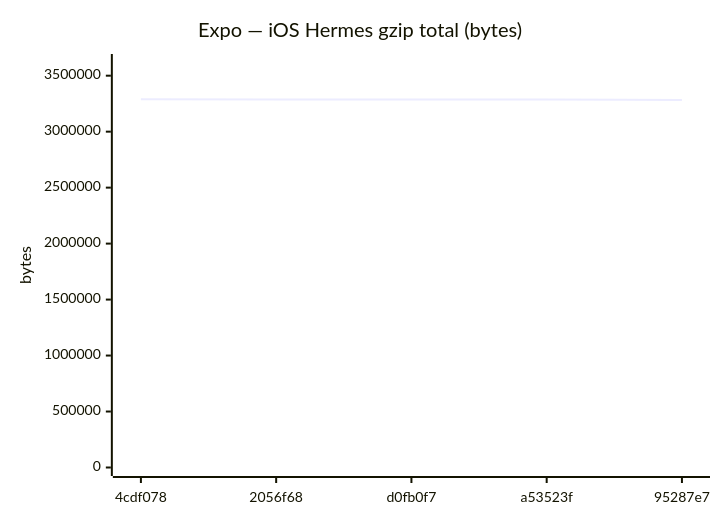
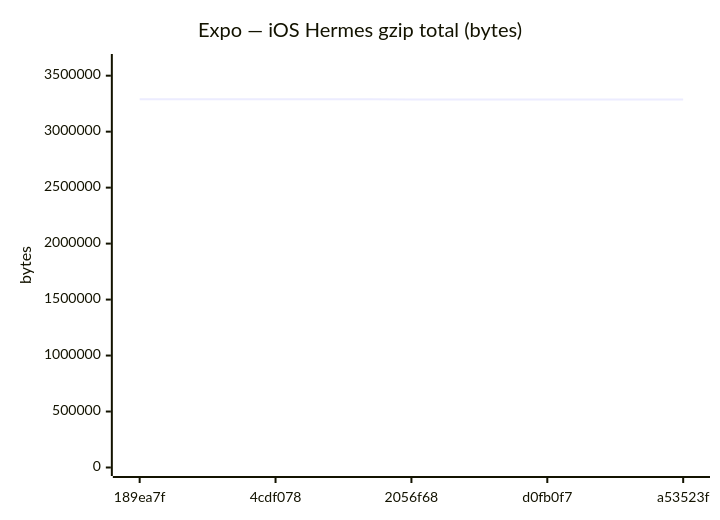
Diagram 12 of 18 in benchmarks/compare.md (Metaheurist/Rianell), drawn with Mermaid before and after one commit. The commit also changed other lines of this file and 11 other files, not shown here.

````diff
--- a/benchmarks/compare.md
+++ b/benchmarks/compare.md
@@ -179,7 +179,7 @@
 ```mermaid
 xychart-beta
     title "Expo — iOS Hermes gzip total (bytes)"
-    x-axis ["4cdf078", "2056f68", "d0fb0f7", "a53523f", "95287e7"]
+    x-axis ["189ea7f", "4cdf078", "2056f68", "d0fb0f7", "a53523f"]
     y-axis "bytes" 0 --> 3617765
-    line [3288877, 3288270, 3288272, 3288270, 3283767]
+    line [3288861, 3288877, 3288270, 3288272, 3288270]
 ```
````
